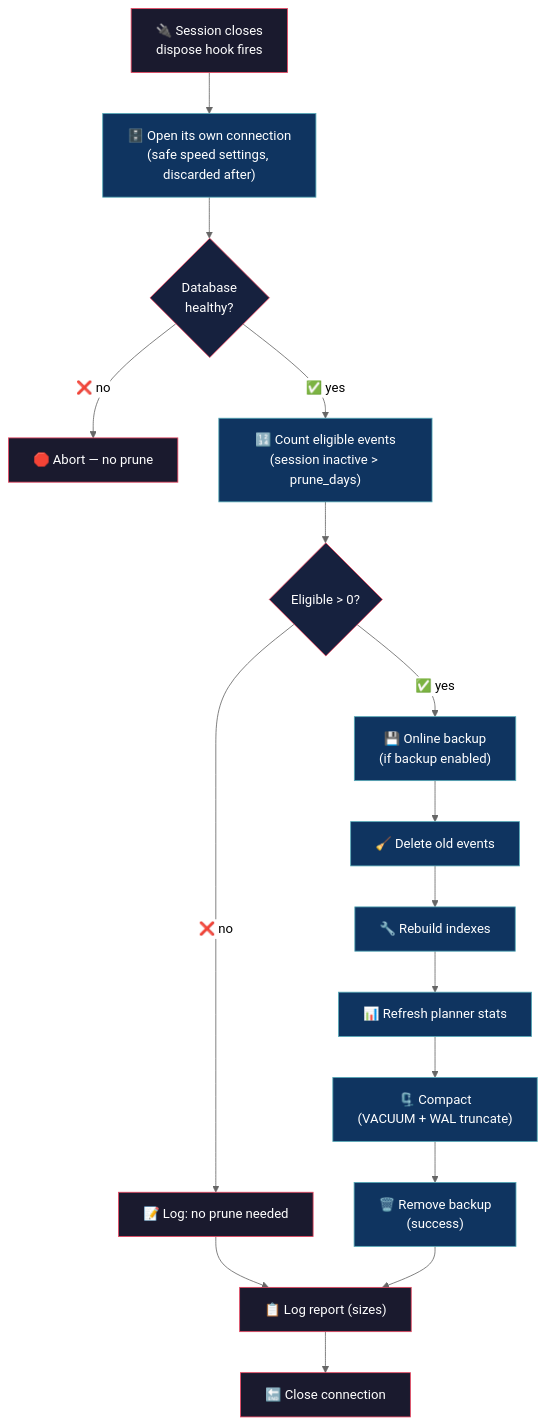
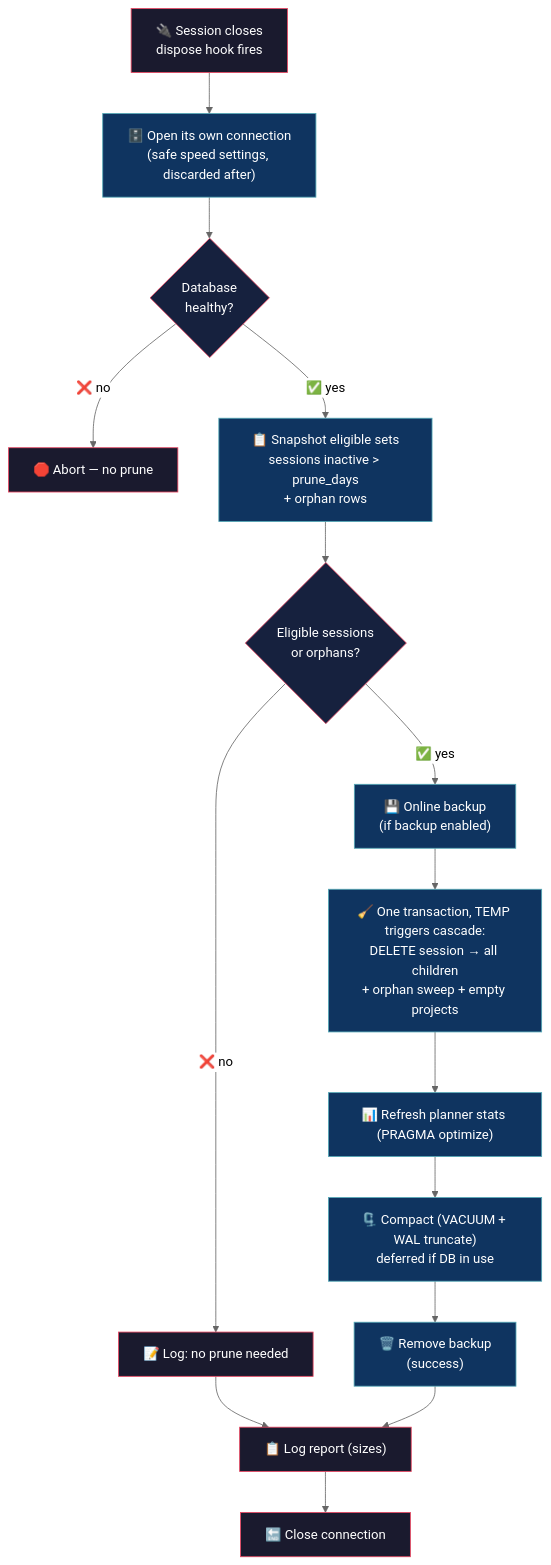
The diagram in README.md (alejo54dev/opencode-db-prunetor), drawn with Mermaid (neutral theme) before and after one commit. The commit also changed other lines of this file and 3 other files, not shown here.

````diff
--- a/README.md
+++ b/README.md
@@ -33,35 +35,33 @@
 ```mermaid
 flowchart TD
     A["🔌 Session closes<br/>dispose hook fires"]
     A --> B["🗄️ Open its own connection<br/>(safe speed settings, discarded after)"]
     B --> C{"Database<br/>healthy?"}
     C -->|"❌ no"| Z["🛑 Abort — no prune"]
-    C -->|"✅ yes"| D["🔢 Count eligible events<br/>(session inactive > prune_days)"]
-    D --> E{"Eligible > 0?"}
+    C -->|"✅ yes"| D["📋 Snapshot eligible sets<br/>sessions inactive > prune_days<br/>+ orphan rows"]
+    D --> E{"Eligible sessions<br/>or orphans?"}
     E -->|"❌ no"| R["📝 Log: no prune needed"]
     E -->|"✅ yes"| F["💾 Online backup<br/>(if backup enabled)"]
-    F --> G["🧹 Delete old events"]
-    G --> H["🔧 Rebuild indexes"]
-    H --> I["📊 Refresh planner stats"]
-    I --> M["🗜️ Compact<br/>(VACUUM + WAL truncate)"]
+    F --> G["🧹 One transaction, TEMP triggers cascade:<br/>DELETE session → all children<br/>+ orphan sweep + empty projects"]
+    G --> I["📊 Refresh planner stats (PRAGMA optimize)"]
+    I --> M["🗜️ Compact (VACUUM + WAL truncate)<br/>deferred if DB in use"]
     M --> L["🗑️ Remove backup<br/>(success)"]
     R --> J["📋 Log report (sizes)"]
     L --> J
     J --> K["🔚 Close connection"]
 
     style A fill:#1a1a2e,stroke:#e94560,color:#fff
     style B fill:#0f3460,stroke:#53a8b6,color:#fff
     style C fill:#16213e,stroke:#e94560,color:#fff
     style D fill:#0f3460,stroke:#53a8b6,color:#fff
     style E fill:#16213e,stroke:#e94560,color:#fff
     style F fill:#0f3460,stroke:#53a8b6,color:#fff
     style G fill:#0f3460,stroke:#53a8b6,color:#fff
-    style H fill:#0f3460,stroke:#53a8b6,color:#fff
     style I fill:#0f3460,stroke:#53a8b6,color:#fff
     style M fill:#0f3460,stroke:#53a8b6,color:#fff
     style L fill:#0f3460,stroke:#53a8b6,color:#fff
     style J fill:#1a1a2e,stroke:#e94560,color:#fff
     style K fill:#1a1a2e,stroke:#e94560,color:#fff
     style R fill:#1a1a2e,stroke:#e94560,color:#fff
     style Z fill:#1a1a2e,stroke:#e94560,color:#fff
 ```
````
